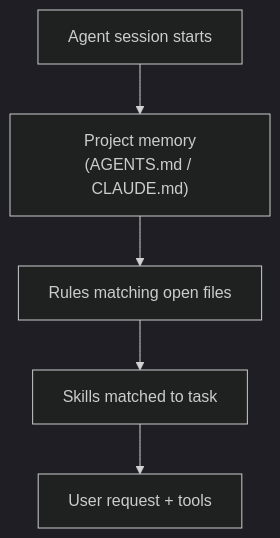
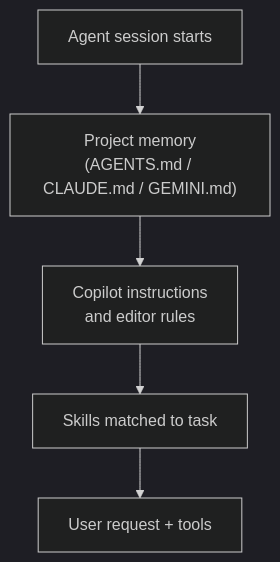
One commit to LucaNerlich/lucanerlich.com changed the diagram in docs/ai/project-memory-and-rules.md. Above: the diagram before and after it, drawn with Mermaid (dark theme). The commit also changed other lines of this file and 24 other files, not shown here.

First line of the commit message:
docs(ai): fix factual errors, outdated configs, and broken diagram in AI section

````diff
--- a/docs/ai/project-memory-and-rules.md
+++ b/docs/ai/project-memory-and-rules.md
@@ -31,7 +39,7 @@
 ```mermaid
 flowchart TB
-    session["Agent session starts"] --> memory["Project memory<br/>(AGENTS.md / CLAUDE.md)"]
-    memory --> rules["Rules matching open files"]
-    rules --> skills["Skills matched to task"]
+    session["Agent session starts"] --> memory["Project memory<br/>(AGENTS.md / CLAUDE.md / GEMINI.md)"]
+    memory --> instructions["Copilot instructions<br/>and editor rules"]
+    instructions --> skills["Skills matched to task"]
     skills --> task["User request + tools"]
 ```
````
